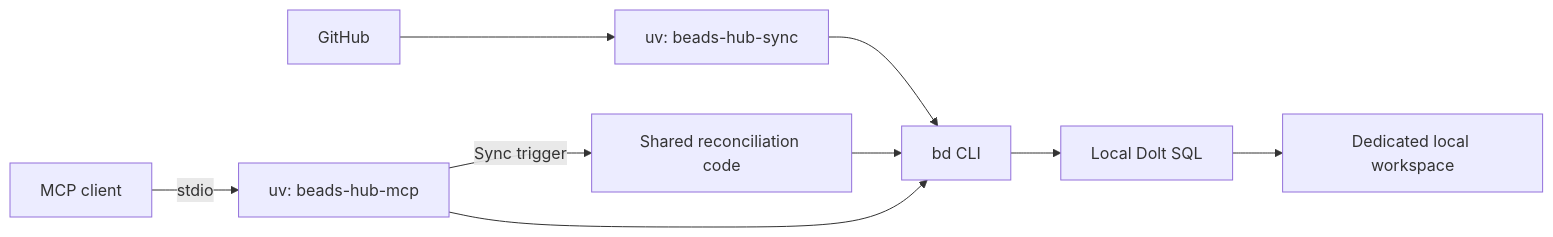
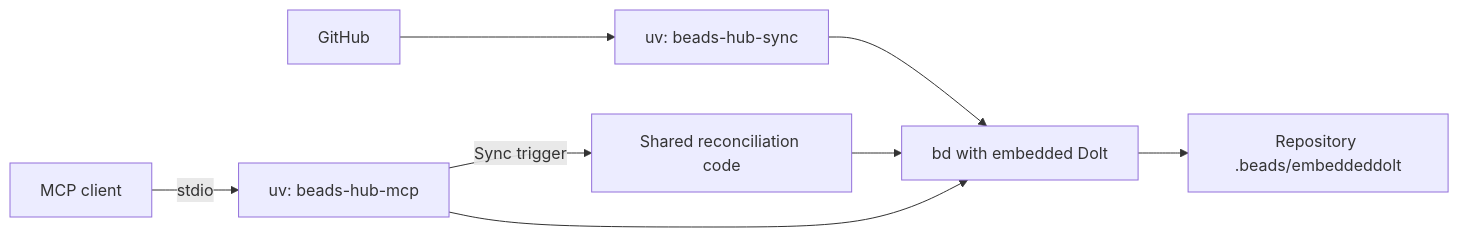
The diagram in docs/local.md (jufty-bot/beads-hub), drawn with Mermaid before and after one commit. The commit also changed other lines of this file and 15 other files, not shown here.

Commit message:
✨ Default local workflows to embedded Dolt and stdio

````diff
--- a/docs/local.md
+++ b/docs/local.md
@@ -5,11 +5,10 @@
 ```mermaid
 flowchart LR
     GitHub[GitHub] --> Poller[uv: beads-hub-sync]
     Agent[MCP client] -->|stdio| MCP[uv: beads-hub-mcp]
     MCP -->|Sync trigger| Reconcile[Shared reconciliation code]
-    Poller --> BD[bd CLI]
+    Poller --> BD[bd with embedded Dolt]
     Reconcile --> BD
     MCP --> BD
-    BD --> Dolt[Local Dolt SQL]
-    Dolt --> Disk[Dedicated local workspace]
+    BD --> Disk[Repository .beads/embeddeddolt]
 ```
````
